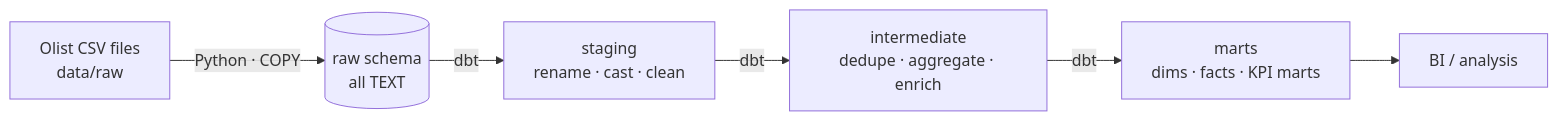
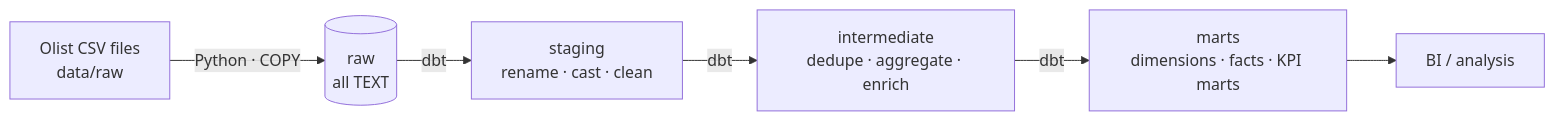
The diagram in README.md (Diphaw/ecommerce-logistics-dbt-pipeline), drawn with Mermaid before and after one commit. The commit also changed other lines of this file, not shown here.

````diff
--- a/README.md
+++ b/README.md
@@ -10,8 +38,8 @@
 ```mermaid
 flowchart LR
-    CSV["Olist CSV files<br/>data/raw"] -->|"Python · COPY"| RAW[("raw schema<br/>all TEXT")]
+    CSV["Olist CSV files<br/>data/raw"] -->|"Python · COPY"| RAW[("raw<br/>all TEXT")]
     RAW -->|dbt| STG["staging<br/>rename · cast · clean"]
     STG -->|dbt| INT["intermediate<br/>dedupe · aggregate · enrich"]
-    INT -->|dbt| MARTS["marts<br/>dims · facts · KPI marts"]
+    INT -->|dbt| MARTS["marts<br/>dimensions · facts · KPI marts"]
     MARTS --> BI["BI / analysis"]
 ```
````
